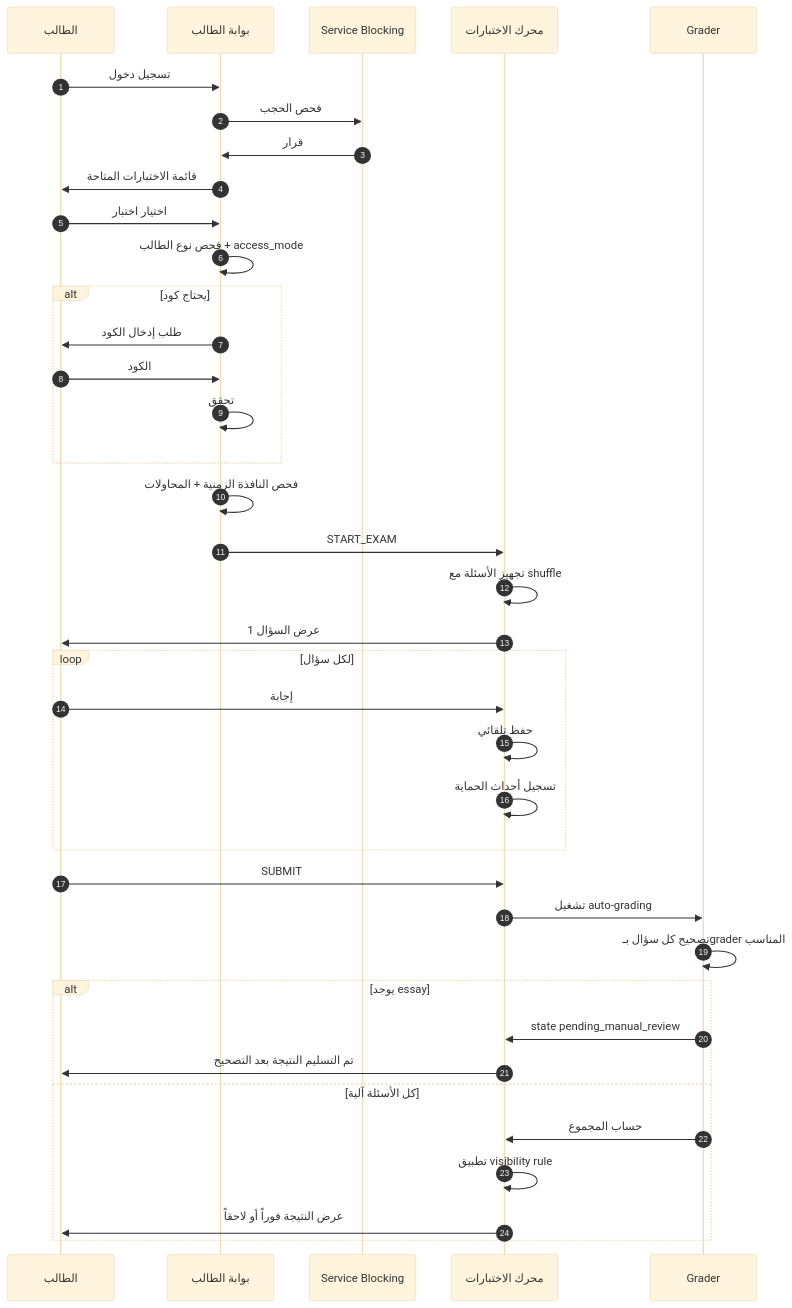
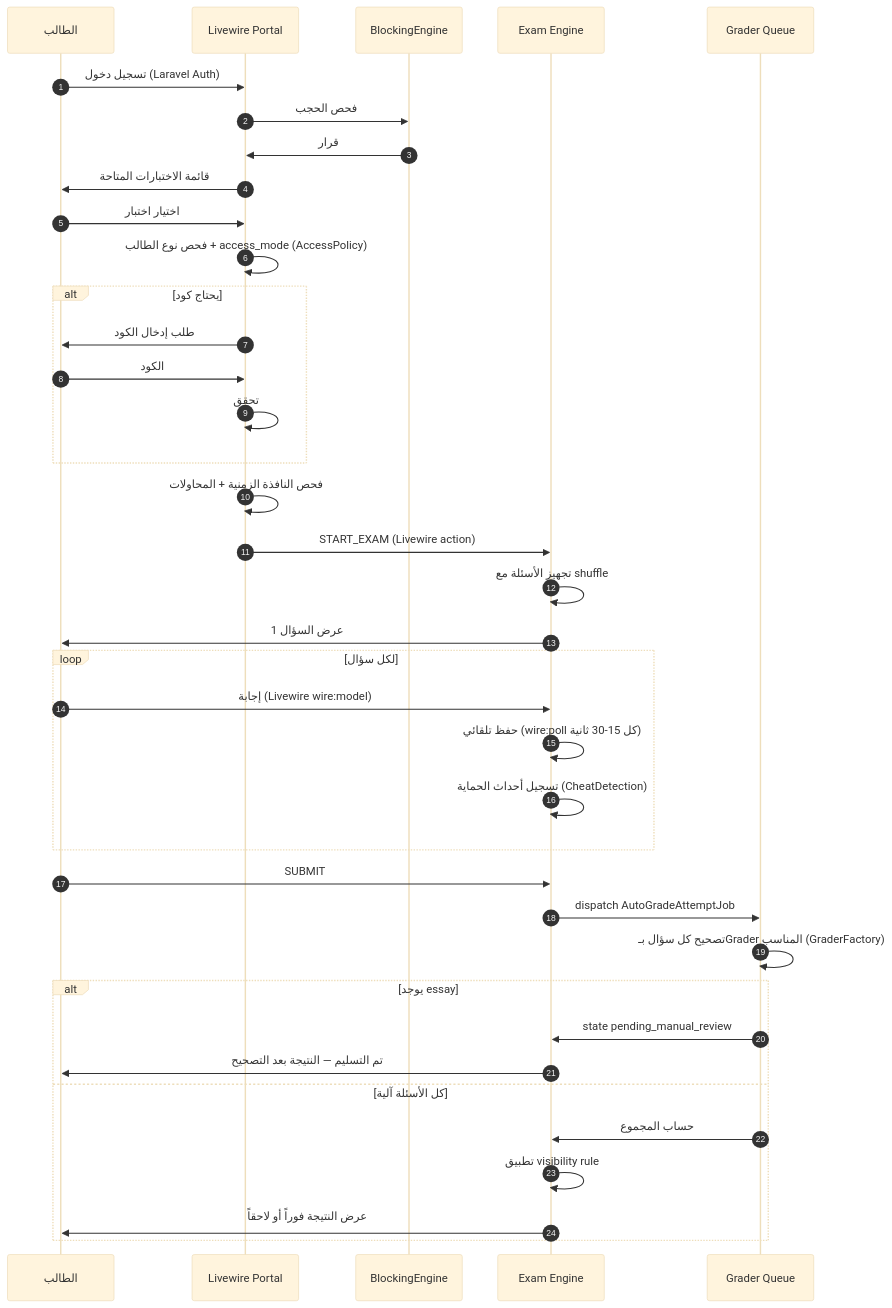
Diagram 17 of 18 in مسودات-الوكلاء/الجزء-02-الموديولات-والمنطق-التجاري.md (alharbib902-del/technical-handover), drawn with Mermaid (base theme) before and after one commit. The commit also changed other lines of this file and 22 other files, not shown here.

````diff
--- a/مسودات-الوكلاء/الجزء-02-الموديولات-والمنطق-التجاري.md
+++ b/مسودات-الوكلاء/الجزء-02-الموديولات-والمنطق-التجاري.md
@@ -2872,41 +3586,41 @@
 ```mermaid
 sequenceDiagram
     autonumber
     participant STU as الطالب
-    participant POR as بوابة الطالب
-    participant SBE as Service Blocking
-    participant ENG as محرك الاختبارات
-    participant GRD as Grader
+    participant POR as Livewire Portal
+    participant SBE as BlockingEngine
+    participant ENG as Exam Engine
+    participant GRD as Grader Queue
 
-    STU->>POR: تسجيل دخول
+    STU->>POR: تسجيل دخول (Laravel Auth)
     POR->>SBE: فحص الحجب
     SBE->>POR: قرار
     POR->>STU: قائمة الاختبارات المتاحة
     STU->>POR: اختيار اختبار
-    POR->>POR: فحص نوع الطالب + access_mode
+    POR->>POR: فحص نوع الطالب + access_mode (AccessPolicy)
     alt يحتاج كود
         POR->>STU: طلب إدخال الكود
         STU->>POR: الكود
         POR->>POR: تحقق
     end
     POR->>POR: فحص النافذة الزمنية + المحاولات
-    POR->>ENG: START_EXAM
+    POR->>ENG: START_EXAM (Livewire action)
     ENG->>ENG: تجهيز الأسئلة مع shuffle
     ENG->>STU: عرض السؤال 1
     loop لكل سؤال
-        STU->>ENG: إجابة
-        ENG->>ENG: حفظ تلقائي
-        ENG->>ENG: تسجيل أحداث الحماية
+        STU->>ENG: إجابة (Livewire wire:model)
+        ENG->>ENG: حفظ تلقائي (wire:poll كل 15-30 ثانية)
+        ENG->>ENG: تسجيل أحداث الحماية (CheatDetection)
     end
     STU->>ENG: SUBMIT
-    ENG->>GRD: تشغيل auto-grading
-    GRD->>GRD: تصحيح كل سؤال بـgrader المناسب
+    ENG->>GRD: dispatch AutoGradeAttemptJob
+    GRD->>GRD: تصحيح كل سؤال بـGrader المناسب (GraderFactory)
     alt يوجد essay
         GRD->>ENG: state pending_manual_review
-        ENG->>STU: تم التسليم النتيجة بعد التصحيح
+        ENG->>STU: تم التسليم — النتيجة بعد التصحيح
     else كل الأسئلة آلية
         GRD->>ENG: حساب المجموع
         ENG->>ENG: تطبيق visibility rule
         ENG->>STU: عرض النتيجة فوراً أو لاحقاً
     end
 ```
````
